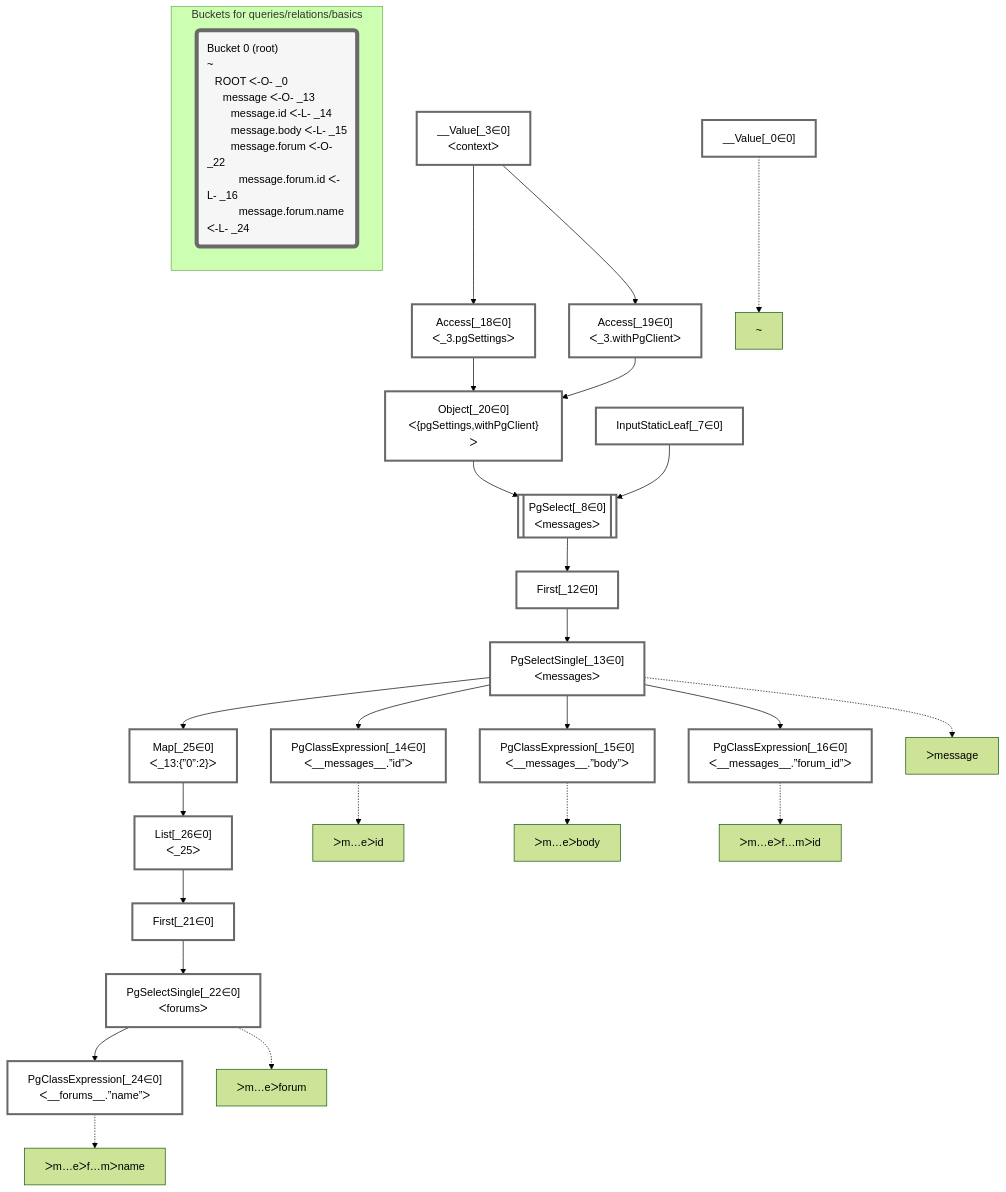
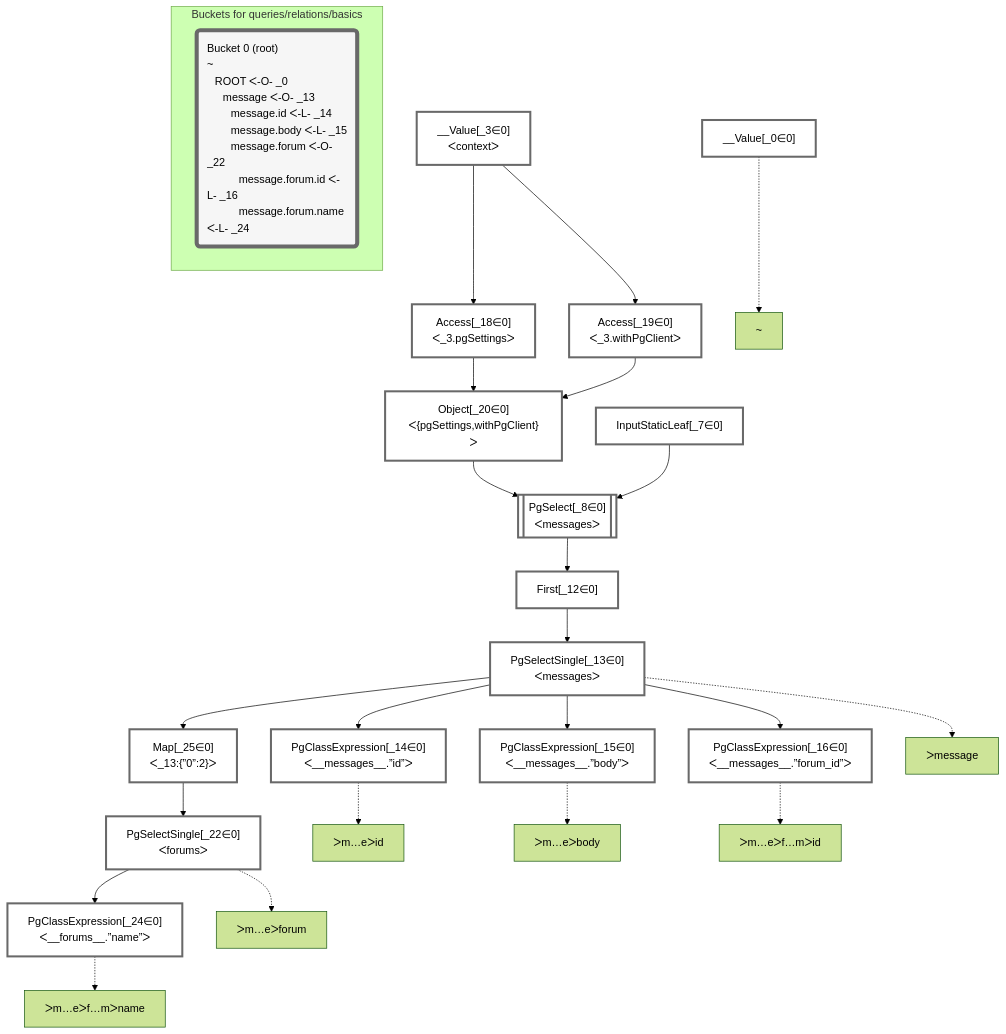
Before and after one commit to graphile/crystal: the diagram in packages/dataplan-pg/__tests__/queries/relations/basics.mermaid.md, drawn with Mermaid (forest theme). The commit also changed 67 other files, not shown here.

````diff
--- a/packages/dataplan-pg/__tests__/queries/relations/basics.mermaid.md
+++ b/packages/dataplan-pg/__tests__/queries/relations/basics.mermaid.md
@@ -1,71 +1,67 @@
 ```mermaid
 graph TD
     classDef path fill:#eee,stroke:#000,color:#000
     classDef plan fill:#fff,stroke-width:3px,color:#000
     classDef itemplan fill:#fff,stroke-width:6px,color:#000
     classDef sideeffectplan fill:#f00,stroke-width:6px,color:#000
     classDef bucket fill:#f6f6f6,color:#000,stroke-width:6px,text-align:left
 
 
     %% define plans
     __Value_0["__Value[_0∈0]"]:::plan
     __Value_3["__Value[_3∈0]<br />ᐸcontextᐳ"]:::plan
     InputStaticLeaf_7["InputStaticLeaf[_7∈0]"]:::plan
     PgSelect_8[["PgSelect[_8∈0]<br />ᐸmessagesᐳ"]]:::plan
     First_12["First[_12∈0]"]:::plan
     PgSelectSingle_13["PgSelectSingle[_13∈0]<br />ᐸmessagesᐳ"]:::plan
     PgClassExpression_14["PgClassExpression[_14∈0]<br />ᐸ__messages__.”id”ᐳ"]:::plan
     PgClassExpression_15["PgClassExpression[_15∈0]<br />ᐸ__messages__.”body”ᐳ"]:::plan
     PgClassExpression_16["PgClassExpression[_16∈0]<br />ᐸ__messages__.”forum_id”ᐳ"]:::plan
     Access_18["Access[_18∈0]<br />ᐸ_3.pgSettingsᐳ"]:::plan
     Access_19["Access[_19∈0]<br />ᐸ_3.withPgClientᐳ"]:::plan
     Object_20["Object[_20∈0]<br />ᐸ{pgSettings,withPgClient}ᐳ"]:::plan
-    First_21["First[_21∈0]"]:::plan
     PgSelectSingle_22["PgSelectSingle[_22∈0]<br />ᐸforumsᐳ"]:::plan
     PgClassExpression_24["PgClassExpression[_24∈0]<br />ᐸ__forums__.”name”ᐳ"]:::plan
     Map_25["Map[_25∈0]<br />ᐸ_13:{”0”:2}ᐳ"]:::plan
-    List_26["List[_26∈0]<br />ᐸ_25ᐳ"]:::plan
 
     %% plan dependencies
     Object_20 --> PgSelect_8
     InputStaticLeaf_7 --> PgSelect_8
     PgSelect_8 --> First_12
     First_12 --> PgSelectSingle_13
     PgSelectSingle_13 --> PgClassExpression_14
     PgSelectSingle_13 --> PgClassExpression_15
     PgSelectSingle_13 --> PgClassExpression_16
     __Value_3 --> Access_18
     __Value_3 --> Access_19
     Access_18 --> Object_20
     Access_19 --> Object_20
-    List_26 --> First_21
-    First_21 --> PgSelectSingle_22
+    Map_25 --> PgSelectSingle_22
     PgSelectSingle_22 --> PgClassExpression_24
     PgSelectSingle_13 --> Map_25
-    Map_25 --> List_26
 
     %% plan-to-path relationships
     P_0["~"]
     __Value_0 -.-> P_0
     P_13["ᐳmessage"]
     PgSelectSingle_13 -.-> P_13
     P_14["ᐳm…eᐳid"]
     PgClassExpression_14 -.-> P_14
     P_15["ᐳm…eᐳbody"]
     PgClassExpression_15 -.-> P_15
     P_16["ᐳm…eᐳf…mᐳid"]
     PgClassExpression_16 -.-> P_16
     P_22["ᐳm…eᐳforum"]
     PgSelectSingle_22 -.-> P_22
     P_24["ᐳm…eᐳf…mᐳname"]
     PgClassExpression_24 -.-> P_24
 
     %% allocate buckets
     classDef bucket0 stroke:#696969
-    class __Value_0,__Value_3,InputStaticLeaf_7,PgSelect_8,First_12,PgSelectSingle_13,PgClassExpression_14,PgClassExpression_15,PgClassExpression_16,Access_18,Access_19,Object_20,First_21,PgSelectSingle_22,PgClassExpression_24,Map_25,List_26 bucket0
+    class __Value_0,__Value_3,InputStaticLeaf_7,PgSelect_8,First_12,PgSelectSingle_13,PgClassExpression_14,PgClassExpression_15,PgClassExpression_16,Access_18,Access_19,Object_20,PgSelectSingle_22,PgClassExpression_24,Map_25 bucket0
 
     subgraph "Buckets for queries/relations/basics"
     Bucket0("Bucket 0 (root)<br />~<br />⠀ROOT ᐸ-O- _0<br />⠀⠀message ᐸ-O- _13<br />⠀⠀⠀message.id ᐸ-L- _14<br />⠀⠀⠀message.body ᐸ-L- _15<br />⠀⠀⠀message.forum ᐸ-O- _22<br />⠀⠀⠀⠀message.forum.id ᐸ-L- _16<br />⠀⠀⠀⠀message.forum.name ᐸ-L- _24"):::bucket
     style Bucket0 stroke:#696969
     end
 ```
````
